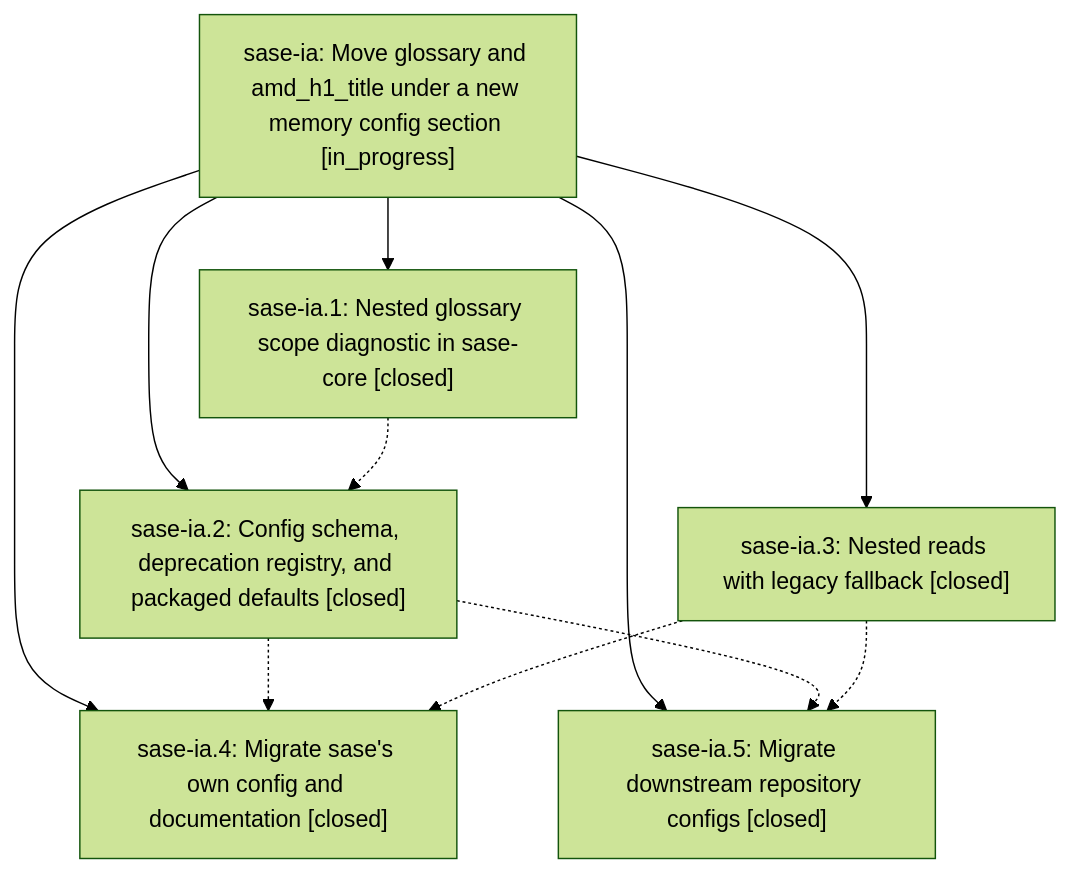
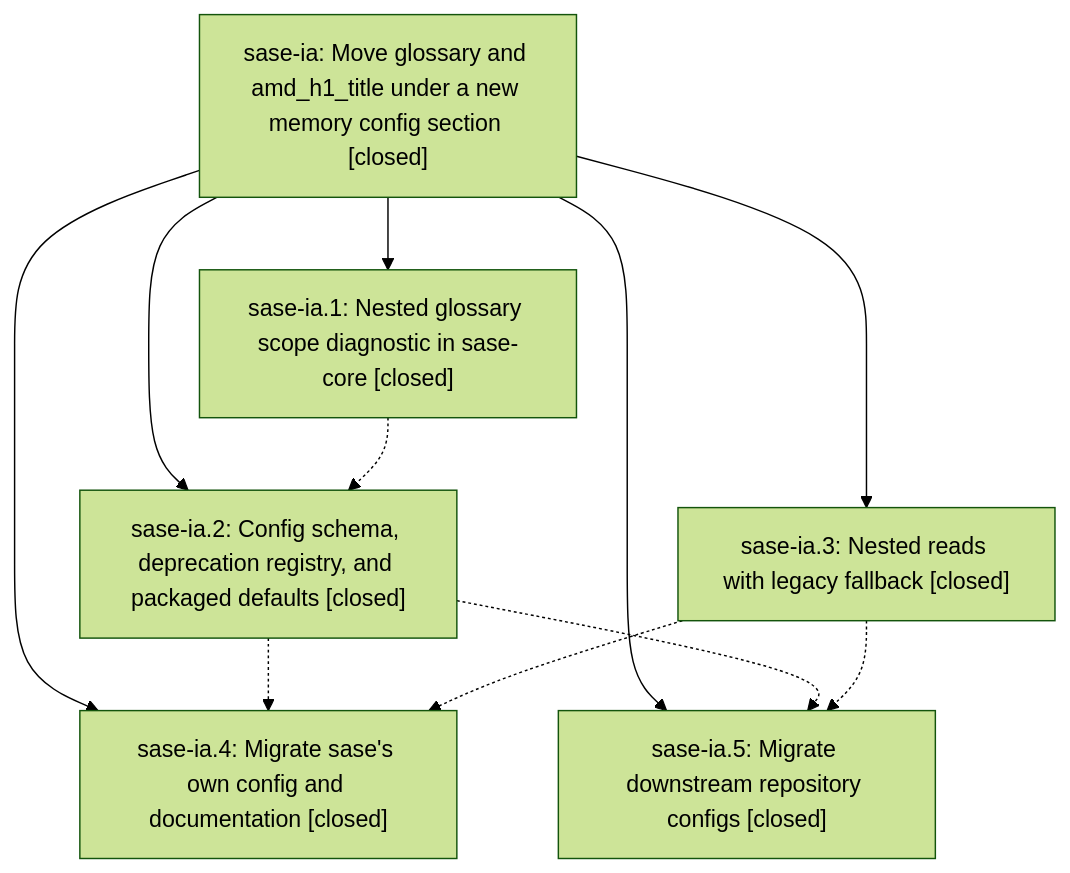
One commit to sase-org/sase--beads changed the diagram in pages/sase-ia/README.md. Above: the diagram before and after it, drawn with Mermaid (forest theme). The commit also changed other lines of this file and 1 other file, not shown here.

First line of the commit message:
chore(beads): sync bead state and pages for sase-ia

````diff
--- a/pages/sase-ia/README.md
+++ b/pages/sase-ia/README.md
@@ -26,19 +58,19 @@
 ```mermaid
 flowchart TD
-    n0["sase-ia: Move glossary and amd_h1_title under a new memory config section [in_progress]"]
+    n0["sase-ia: Move glossary and amd_h1_title under a new memory config section [closed]"]
     n1["sase-ia.1: Nested glossary scope diagnostic in sase-core [closed]"]
     n2["sase-ia.2: Config schema, deprecation registry, and packaged defaults [closed]"]
     n3["sase-ia.3: Nested reads with legacy fallback [closed]"]
     n4["sase-ia.4: Migrate sase's own config and documentation [closed]"]
     n5["sase-ia.5: Migrate downstream repository configs [closed]"]
     n0 --> n1
     n0 --> n2
     n0 --> n3
     n0 --> n4
     n0 --> n5
     n1 -.-> n2
     n2 -.-> n4
     n2 -.-> n5
     n3 -.-> n4
     n3 -.-> n5
 ```
````
